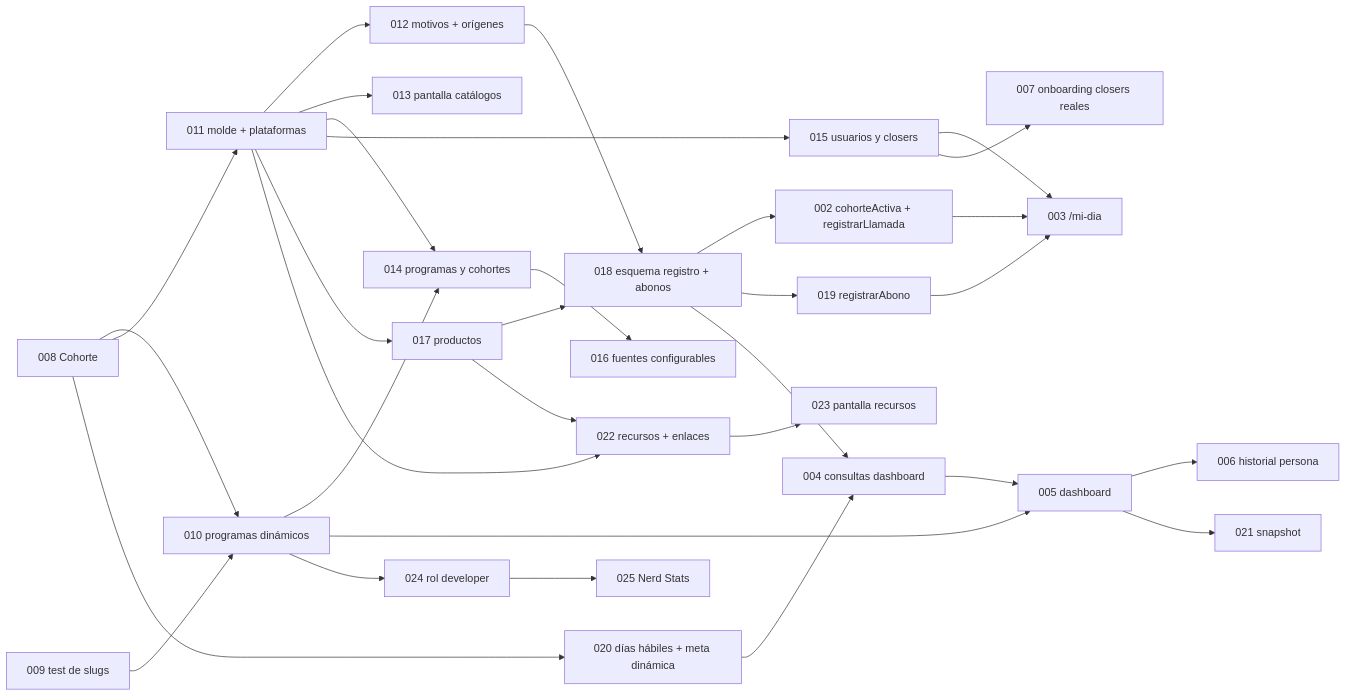
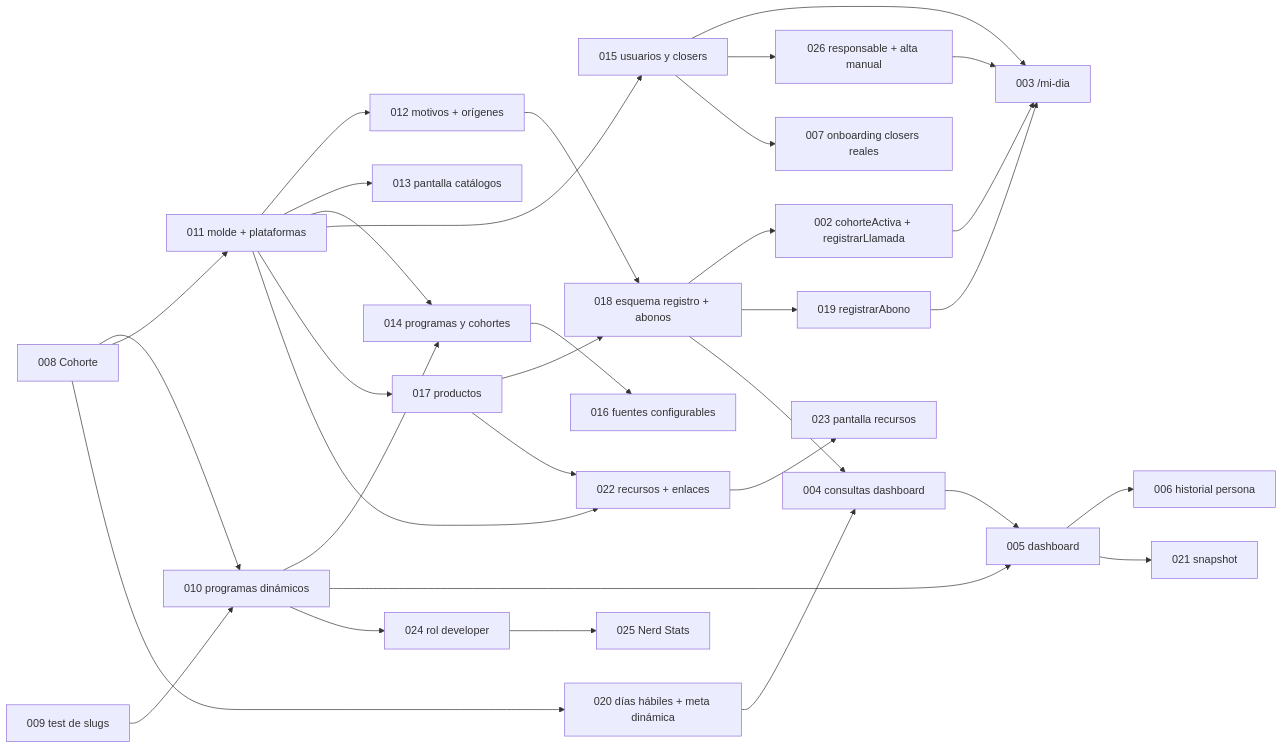
One commit to Retia-Agencia/retia-metrics changed the third of 3 diagrams in docs/plan.md. Above: the diagram before and after it, drawn with Mermaid. The commit also changed 8 other files, not shown here.

First line of the commit message:
docs: ADR 0021, el responsable y el alta manual viven en el CRM

````diff
--- a/docs/plan.md
+++ b/docs/plan.md
@@ -152,33 +152,35 @@
 ```mermaid
 flowchart LR
     T008["008 Cohorte"] --> T010["010 programas dinámicos"]
     T009["009 test de slugs"] --> T010
     T008 --> T011["011 molde + plataformas"]
     T011 --> T012["012 motivos + orígenes"]
     T011 --> T013["013 pantalla catálogos"]
     T010 --> T014["014 programas y cohortes"]
     T011 --> T014
     T011 --> T015["015 usuarios y closers"]
     T014 --> T016["016 fuentes configurables"]
     T011 --> T017["017 productos"]
     T012 --> T018["018 esquema registro + abonos"]
     T017 --> T018
     T018 --> T002["002 cohorteActiva + registrarLlamada"]
     T018 --> T019["019 registrarAbono"]
     T002 --> T003["003 /mi-dia"]
     T019 --> T003
     T015 --> T003
+    T015 --> T026["026 responsable + alta manual"]
+    T026 --> T003
     T015 --> T007["007 onboarding closers reales"]
     T008 --> T020["020 días hábiles + meta dinámica"]
     T018 --> T004["004 consultas dashboard"]
     T020 --> T004
     T004 --> T005["005 dashboard"]
     T010 --> T005
     T005 --> T006["006 historial persona"]
     T005 --> T021["021 snapshot"]
     T011 --> T022["022 recursos + enlaces"]
     T017 --> T022
     T022 --> T023["023 pantalla recursos"]
     T010 --> T024["024 rol developer"]
     T024 --> T025["025 Nerd Stats"]
 ```
````
